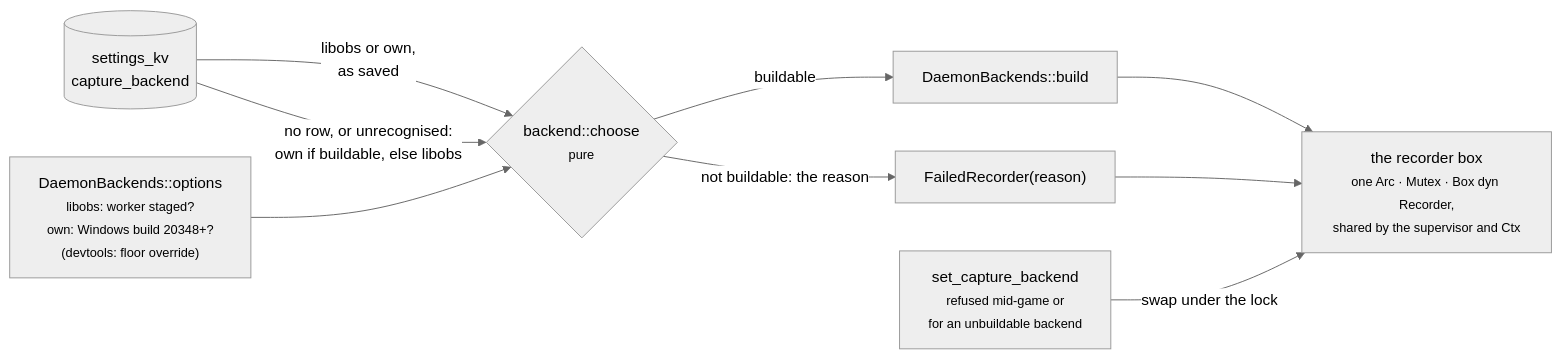
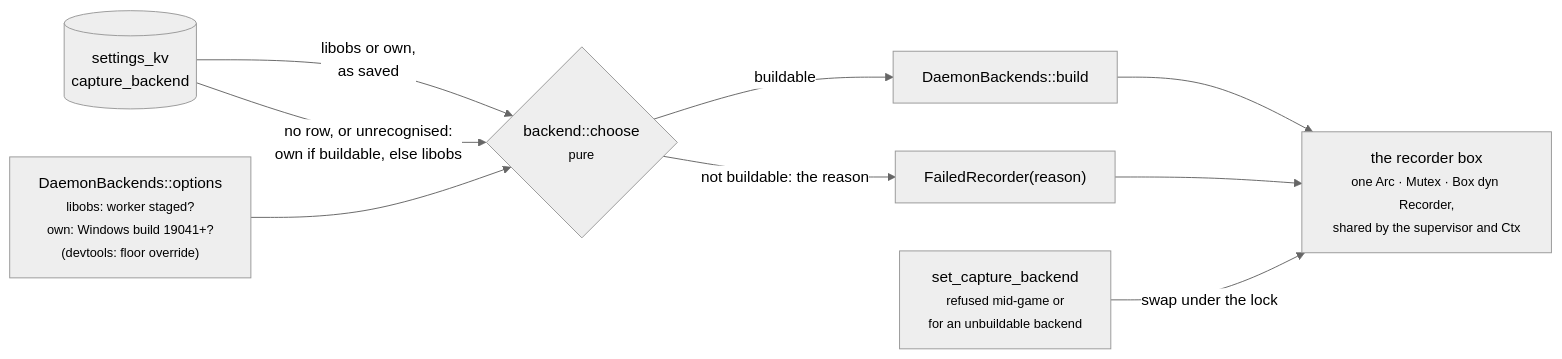
Before and after one commit to NinjaGoldfinch/ninja-recorder: the sixth of 10 diagrams in docs/architecture.md, drawn with Mermaid (neutral theme). The commit also changed other lines of this file and 8 other files, not shown here.

First line of the commit message:
docs(recorder): follow the own backend's floor down to 19041

````diff
--- a/docs/architecture.md
+++ b/docs/architecture.md
@@ -335,11 +335,11 @@
 ```mermaid
 flowchart LR
     KV[("settings_kv<br/>capture_backend")] -->|"libobs or own,<br/>as saved"| C{"backend::choose<br/><small>pure</small>"}
     KV -->|"no row, or unrecognised:<br/>own if buildable, else libobs"| C
-    OPT["DaemonBackends::options<br/><small>libobs: worker staged?<br/>own: Windows build 20348+?<br/>(devtools: floor override)</small>"] --> C
+    OPT["DaemonBackends::options<br/><small>libobs: worker staged?<br/>own: Windows build 19041+?<br/>(devtools: floor override)</small>"] --> C
     C -->|"buildable"| B["DaemonBackends::build"]
     C -->|"not buildable: the reason"| F["FailedRecorder(reason)"]
     B --> BOX["the recorder box<br/><small>one Arc · Mutex · Box dyn Recorder,<br/>shared by the supervisor and Ctx</small>"]
     F --> BOX
     SET["set_capture_backend<br/><small>refused mid-game or<br/>for an unbuildable backend</small>"] -->|"swap under the lock"| BOX
 ```
````
